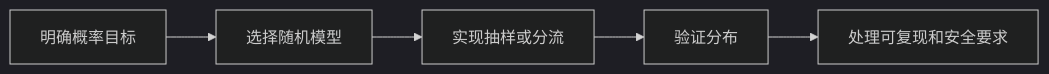
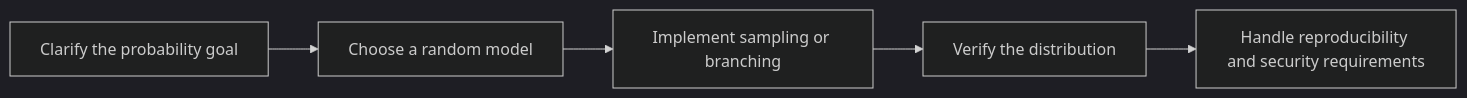
Before and after one commit to HONGLEI111/hhlblog-global: the second of 2 diagrams in src/content/technology/randomized-algorithms.md, drawn with Mermaid (dark theme). The commit also changed other lines of this file and 33 other files, not shown here.

First line of the commit message:
content(code): 翻译 mermaid 图节点标签（34 文件 / 267 处）

````diff
--- a/src/content/technology/randomized-algorithms.md
+++ b/src/content/technology/randomized-algorithms.md
@@ -252,7 +252,7 @@
 ```mermaid
 graph LR
-    A[明确概率目标] --> B[选择随机模型]
-    B --> C[实现抽样或分流]
-    C --> D[验证分布]
-    D --> E[处理可复现和安全要求]
+    A[Clarify the probability goal] --> B[Choose a random model]
+    B --> C[Implement sampling or branching]
+    C --> D[Verify the distribution]
+    D --> E[Handle reproducibility and security requirements]
 ```
````
